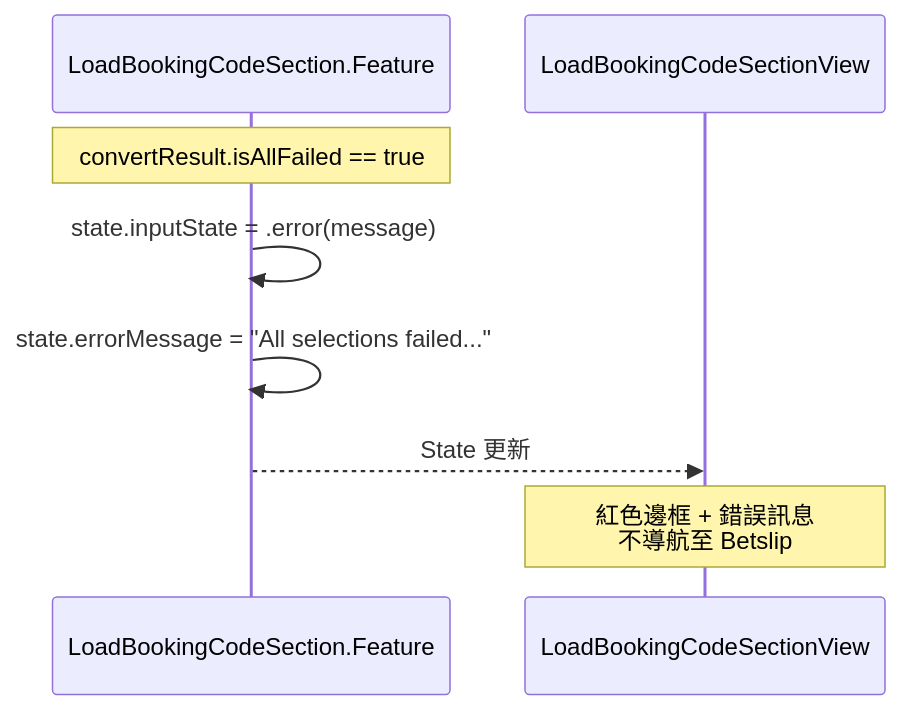
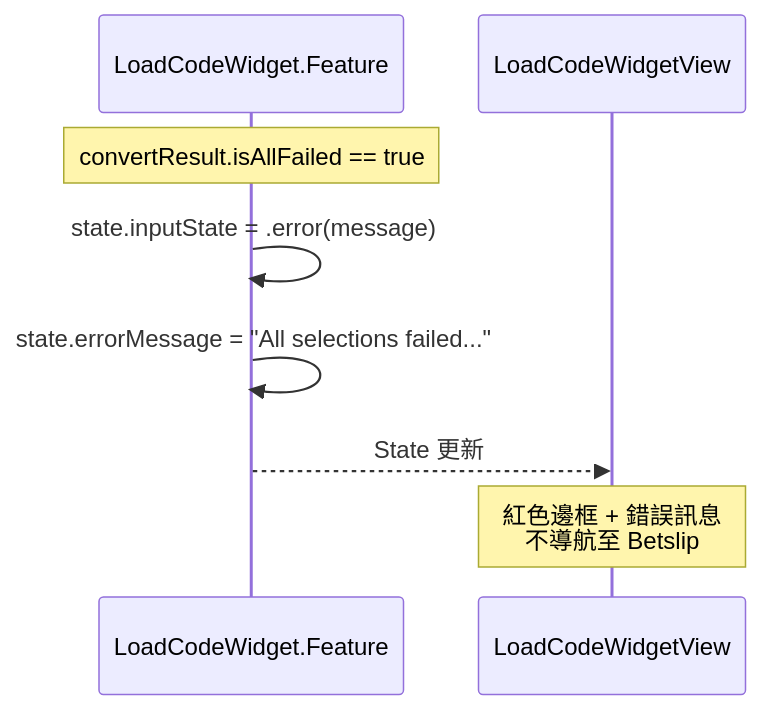
The third of 3 diagrams in TDD/09_Error Handling/01_error_handling.md (HsinChungHan/Code_Converter_TDD), drawn with Mermaid before and after one commit. The commit also changed other lines of this file and 7 other files, not shown here.

````diff
--- a/TDD/09_Error Handling/01_error_handling.md
+++ b/TDD/09_Error Handling/01_error_handling.md
@@ -121,14 +152,14 @@
 ```mermaid
 sequenceDiagram
-    participant Feature as LoadBookingCodeSection.Feature
-    participant UI as LoadBookingCodeSectionView
+    participant Feature as LoadCodeWidget.Feature
+    participant UI as LoadCodeWidgetView
 
     Note over Feature: convertResult.isAllFailed == true
     
     Feature->>Feature: state.inputState = .error(message)
     Feature->>Feature: state.errorMessage = "All selections failed..."
     
     Feature-->>UI: State 更新
     
     Note over UI: 紅色邊框 + 錯誤訊息<br/>不導航至 Betslip
 ```
````
